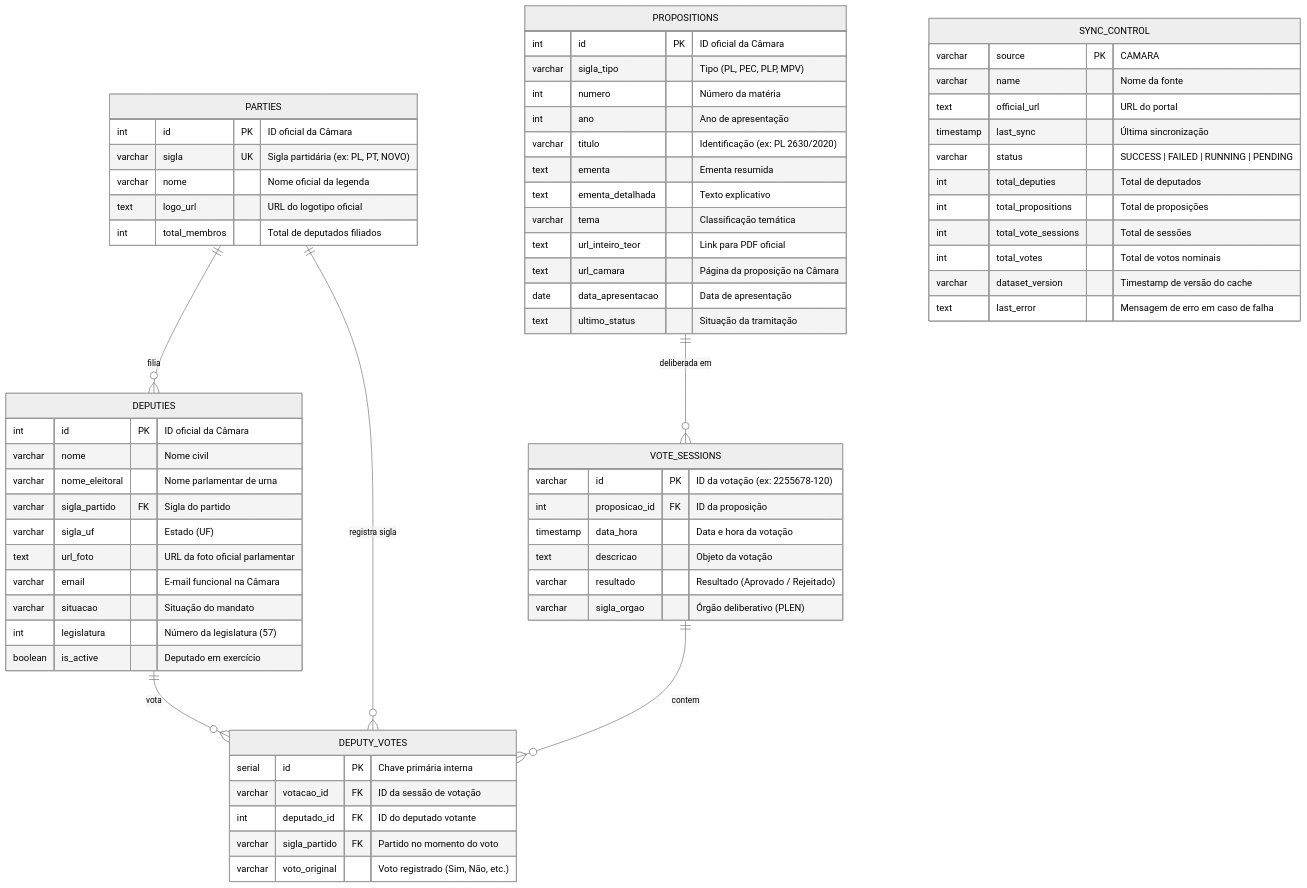
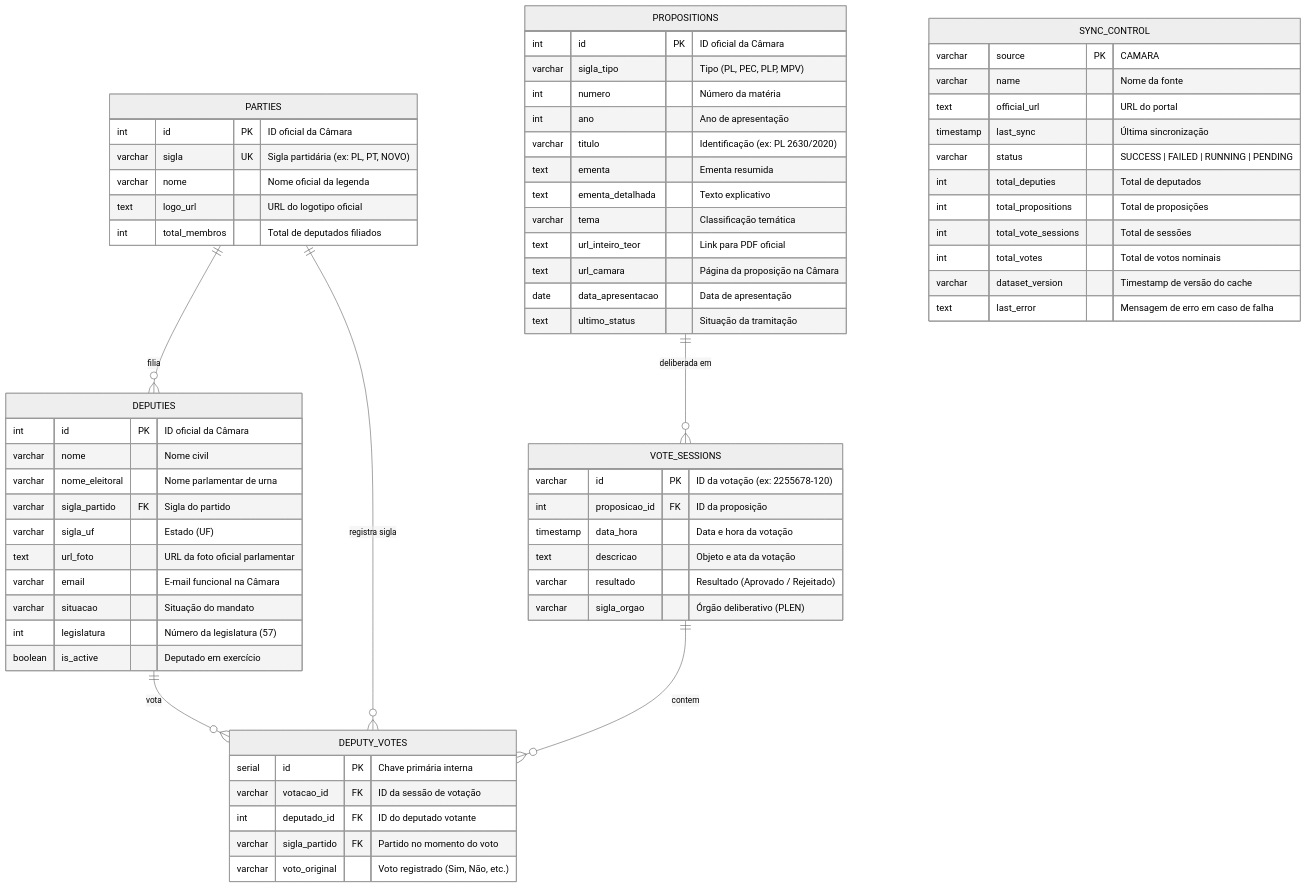
The fifth of 5 diagrams in README.md (didifive/legisvisao), drawn with Mermaid (neutral theme) before and after one commit. The commit also changed other lines of this file and 12 other files, not shown here.

````diff
--- a/README.md
+++ b/README.md
@@ -231,75 +238,75 @@
 ```mermaid
 erDiagram
     PARTIES ||--o{ DEPUTIES : "filia"
     PARTIES ||--o{ DEPUTY_VOTES : "registra sigla"
     PROPOSITIONS ||--o{ VOTE_SESSIONS : "deliberada em"
     VOTE_SESSIONS ||--o{ DEPUTY_VOTES : "contem"
     DEPUTIES ||--o{ DEPUTY_VOTES : "vota"
 
     PARTIES {
         int id PK "ID oficial da Câmara"
         varchar sigla UK "Sigla partidária (ex: PL, PT, NOVO)"
         varchar nome "Nome oficial da legenda"
         text logo_url "URL do logotipo oficial"
         int total_membros "Total de deputados filiados"
     }
 
     DEPUTIES {
         int id PK "ID oficial da Câmara"
         varchar nome "Nome civil"
         varchar nome_eleitoral "Nome parlamentar de urna"
         varchar sigla_partido FK "Sigla do partido"
         varchar sigla_uf "Estado (UF)"
         text url_foto "URL da foto oficial parlamentar"
         varchar email "E-mail funcional na Câmara"
         varchar situacao "Situação do mandato"
         int legislatura "Número da legislatura (57)"
         boolean is_active "Deputado em exercício"
     }
 
     PROPOSITIONS {
         int id PK "ID oficial da Câmara"
         varchar sigla_tipo "Tipo (PL, PEC, PLP, MPV)"
         int numero "Número da matéria"
         int ano "Ano de apresentação"
         varchar titulo "Identificação (ex: PL 2630/2020)"
         text ementa "Ementa resumida"
         text ementa_detalhada "Texto explicativo"
         varchar tema "Classificação temática"
         text url_inteiro_teor "Link para PDF oficial"
         text url_camara "Página da proposição na Câmara"
         date data_apresentacao "Data de apresentação"
         text ultimo_status "Situação da tramitação"
     }
 
     VOTE_SESSIONS {
         varchar id PK "ID da votação (ex: 2255678-120)"
         int proposicao_id FK "ID da proposição"
         timestamp data_hora "Data e hora da votação"
-        text descricao "Objeto da votação"
+        text descricao "Objeto e ata da votação"
         varchar resultado "Resultado (Aprovado / Rejeitado)"
         varchar sigla_orgao "Órgão deliberativo (PLEN)"
     }
 
     DEPUTY_VOTES {
         serial id PK "Chave primária interna"
         varchar votacao_id FK "ID da sessão de votação"
         int deputado_id FK "ID do deputado votante"
         varchar sigla_partido FK "Partido no momento do voto"
         varchar voto_original "Voto registrado (Sim, Não, etc.)"
     }
 
     SYNC_CONTROL {
         varchar source PK "CAMARA"
         varchar name "Nome da fonte"
         text official_url "URL do portal"
         timestamp last_sync "Última sincronização"
         varchar status "SUCCESS | FAILED | RUNNING | PENDING"
         int total_deputies "Total de deputados"
         int total_propositions "Total de proposições"
         int total_vote_sessions "Total de sessões"
         int total_votes "Total de votos nominais"
         varchar dataset_version "Timestamp de versão do cache"
         text last_error "Mensagem de erro em caso de falha"
     }
 ```
````
